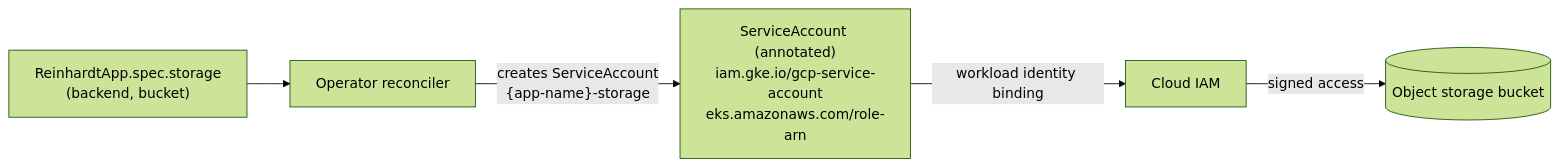
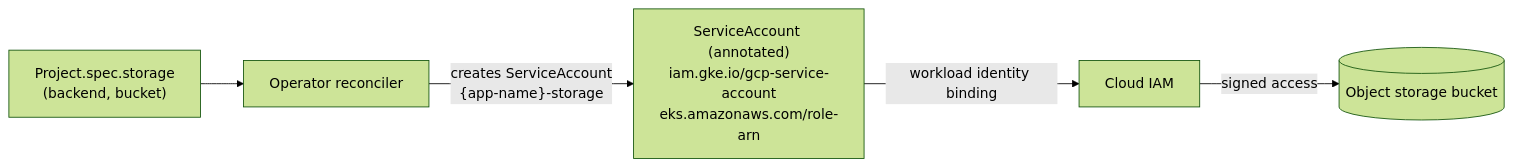
Before and after one commit to kent8192/reinhardt-cloud: the first of 2 diagrams in docs/registry-and-identity.md, drawn with Mermaid (forest theme). The commit also changed other lines of this file and 135 other files, not shown here.

First line of the commit message:
refactor!: rename user-facing app concepts to project

````diff
--- a/docs/registry-and-identity.md
+++ b/docs/registry-and-identity.md
@@ -234,7 +234,7 @@
 ```mermaid
 flowchart LR
-    Spec["ReinhardtApp.spec.storage<br/>(backend, bucket)"] --> Op[Operator reconciler]
+    Spec["Project.spec.storage<br/>(backend, bucket)"] --> Op[Operator reconciler]
     Op -->|"creates ServiceAccount<br/>{app-name}-storage"| KSA["ServiceAccount (annotated)<br/>iam.gke.io/gcp-service-account<br/>eks.amazonaws.com/role-arn"]
     KSA -->|"workload identity binding"| Cloud[Cloud IAM]
     Cloud -->|"signed access"| Bucket[(Object storage bucket)]
 ```
````
